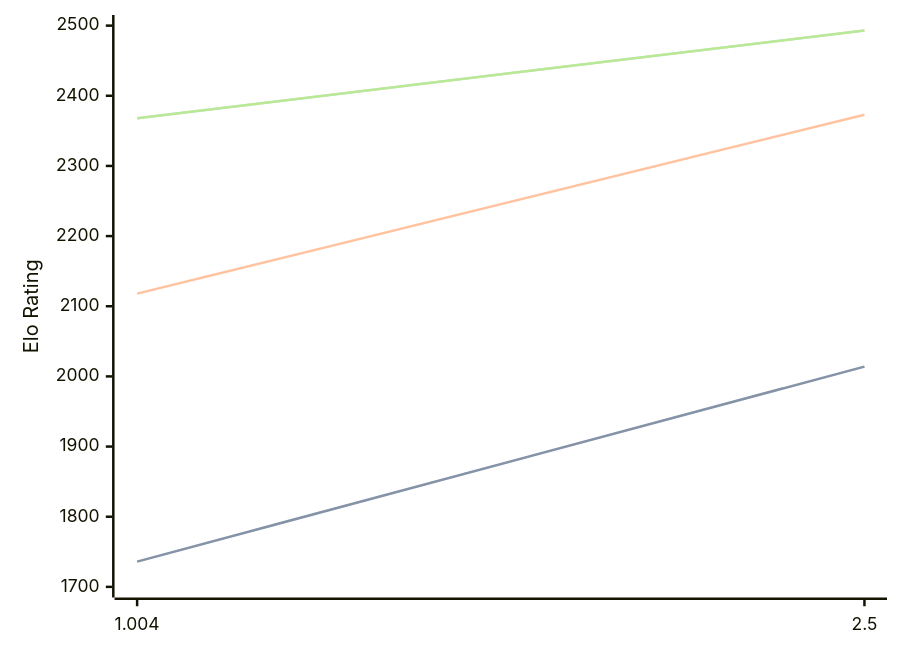
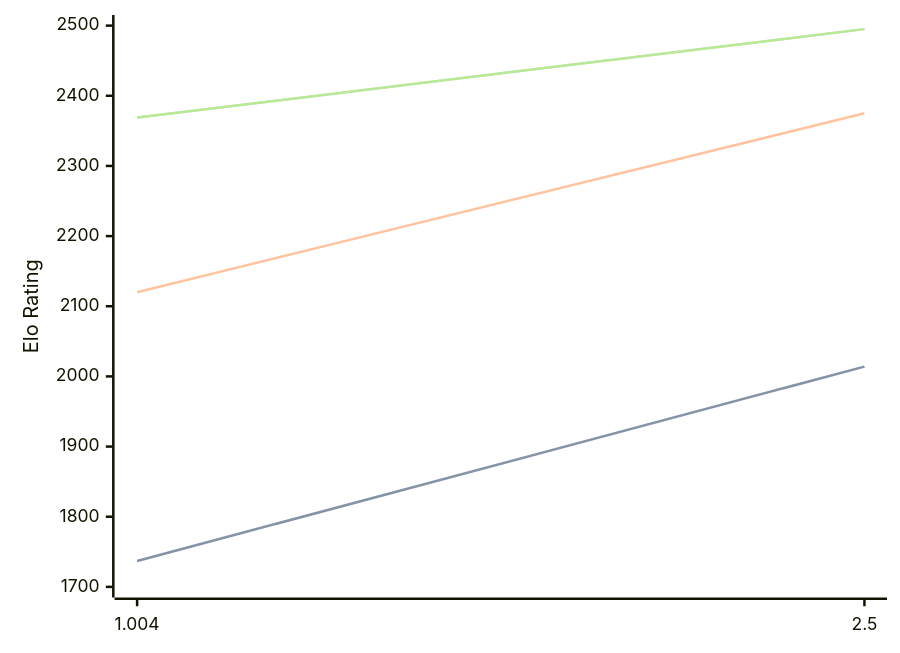
The diagram in engines/Ares.md (computer-chess-index/cci), drawn with Mermaid before and after one commit. The commit also changed other lines of this file, not shown here.

Commit message:
Update CCI Ratings (ELO VLTC) - 2026-05-16

````diff
--- a/engines/Ares.md
+++ b/engines/Ares.md
@@ -32,11 +32,11 @@
 ```mermaid
 %%{init: {"theme":"base","themeVariables":{"seriesColors:['#a3a3a3','#222221','#faa371']}}}%%
 xychart-beta
   x-axis ["1.004", "2.5"]
   y-axis "Elo Rating" 1700 --> 2500
-  line "STC (8.0+0.08s)" [1736, 2014]
-  line "STC (8.0+0.08s)" [1736, 2014]
-  line "LTC (60.0+0.60s)" [2118, 2373]
-  line "VLTC (2m24s+1.12s)" [2368, 2493]
-  line "VLTC (2m24s+1.12s)" [2368, 2493]
+  line "STC (8.0+0.08s)" [1737, 2014]
+  line "STC (8.0+0.08s)" [1737, 2014]
+  line "LTC (60.0+0.60s)" [2120, 2375]
+  line "VLTC (2m24s+1.12s)" [2369, 2495]
+  line "VLTC (2m24s+1.12s)" [2369, 2495]
 ```
````
